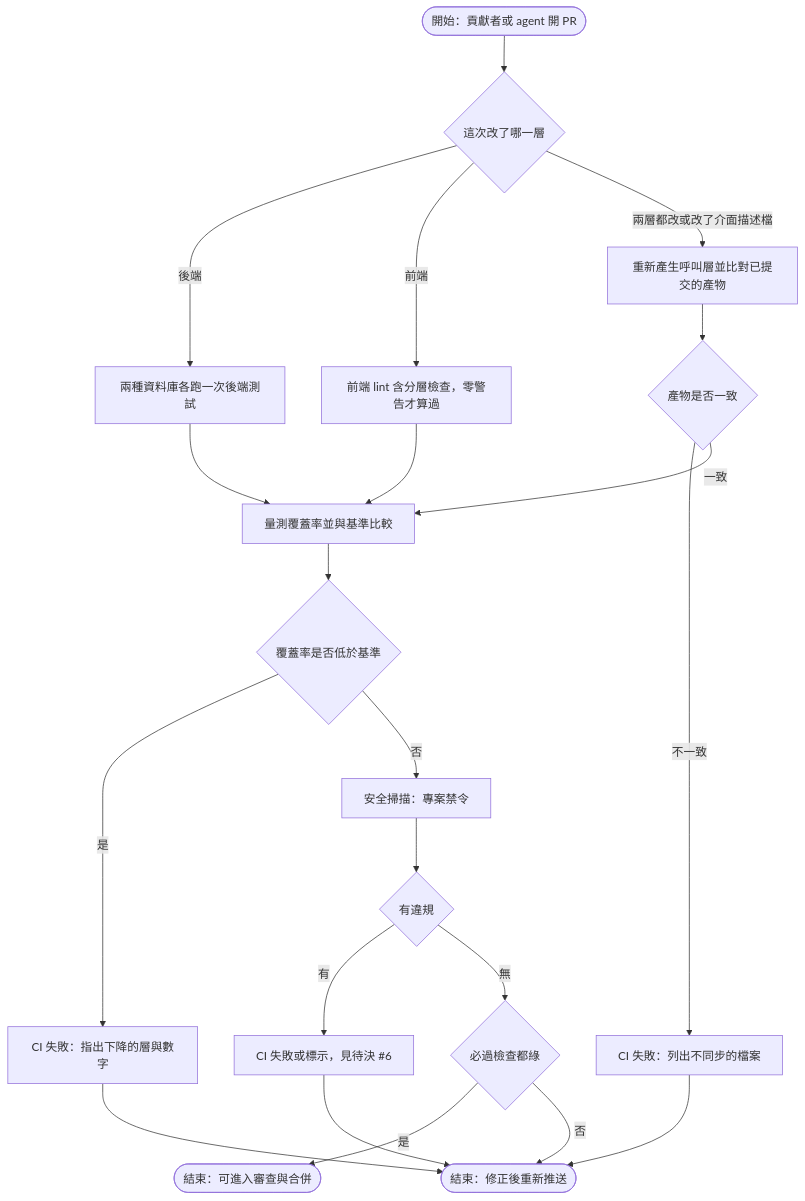
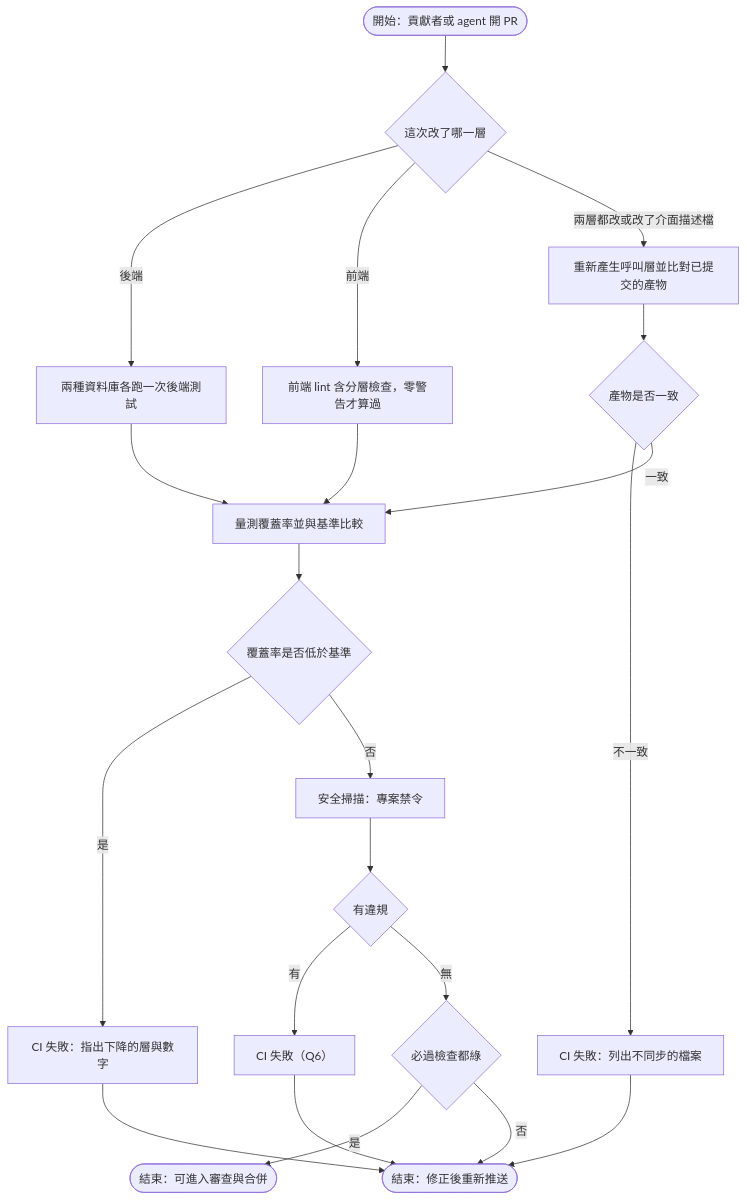
The second of 2 diagrams in openspec/changes/infra-compose-e2e-ci/system-analysis.md (label-suite/label-suite), drawn with Mermaid before and after one commit. The commit also changed other lines of this file, not shown here.

````diff
--- a/openspec/changes/infra-compose-e2e-ci/system-analysis.md
+++ b/openspec/changes/infra-compose-e2e-ci/system-analysis.md
@@ -144,23 +156,23 @@
 ```mermaid
 flowchart TD
   S([開始：貢獻者或 agent 開 PR]) --> A{這次改了哪一層}
   A -- 後端 --> B[兩種資料庫各跑一次後端測試]
   A -- 前端 --> C[前端 lint 含分層檢查，零警告才算過]
   A -- 兩層都改或改了介面描述檔 --> D[重新產生呼叫層並比對已提交的產物]
   B --> E[量測覆蓋率並與基準比較]
   C --> E
   D --> F{產物是否一致}
   F -- 不一致 --> X[CI 失敗：列出不同步的檔案]
   F -- 一致 --> E
   E --> G{覆蓋率是否低於基準}
   G -- 是 --> X2[CI 失敗：指出下降的層與數字]
   G -- 否 --> H[安全掃描：專案禁令]
   H --> I{有違規}
-  I -- 有 --> X3[CI 失敗或標示，見待決 #6]
+  I -- 有 --> X3[CI 失敗（Q6）]
   I -- 無 --> J{必過檢查都綠}
   J -- 是 --> K([結束：可進入審查與合併])
   J -- 否 --> Y([結束：修正後重新推送])
   X --> Y
   X2 --> Y
   X3 --> Y
 ```
````
